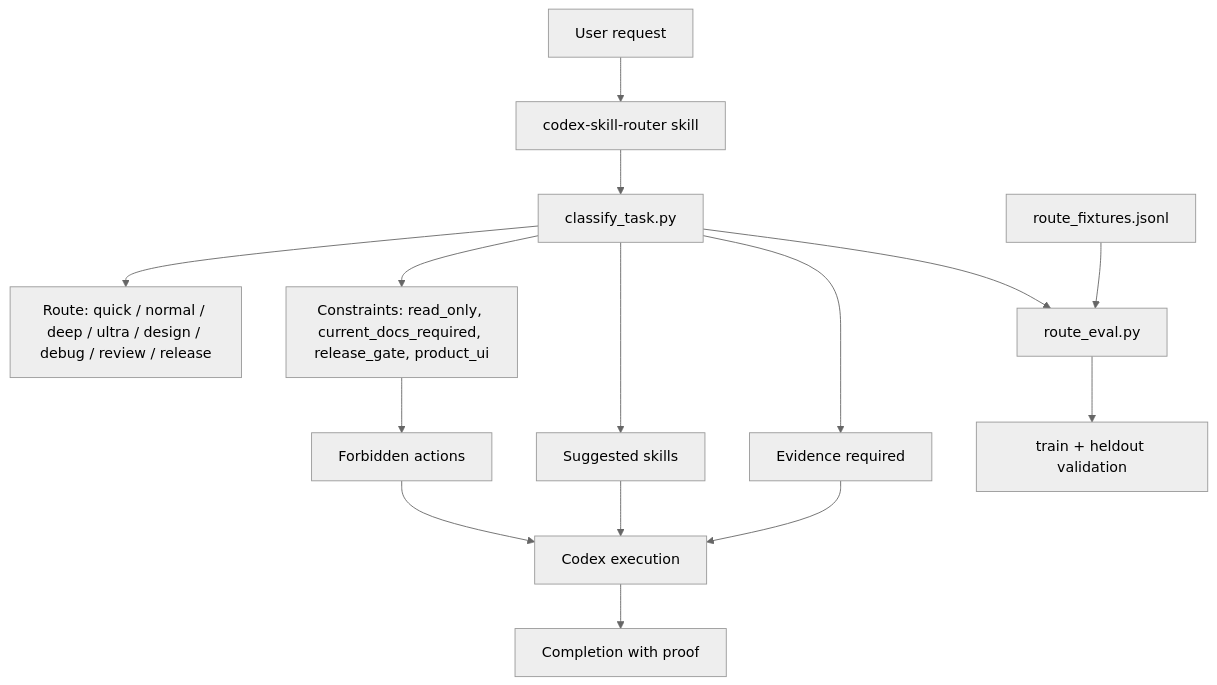
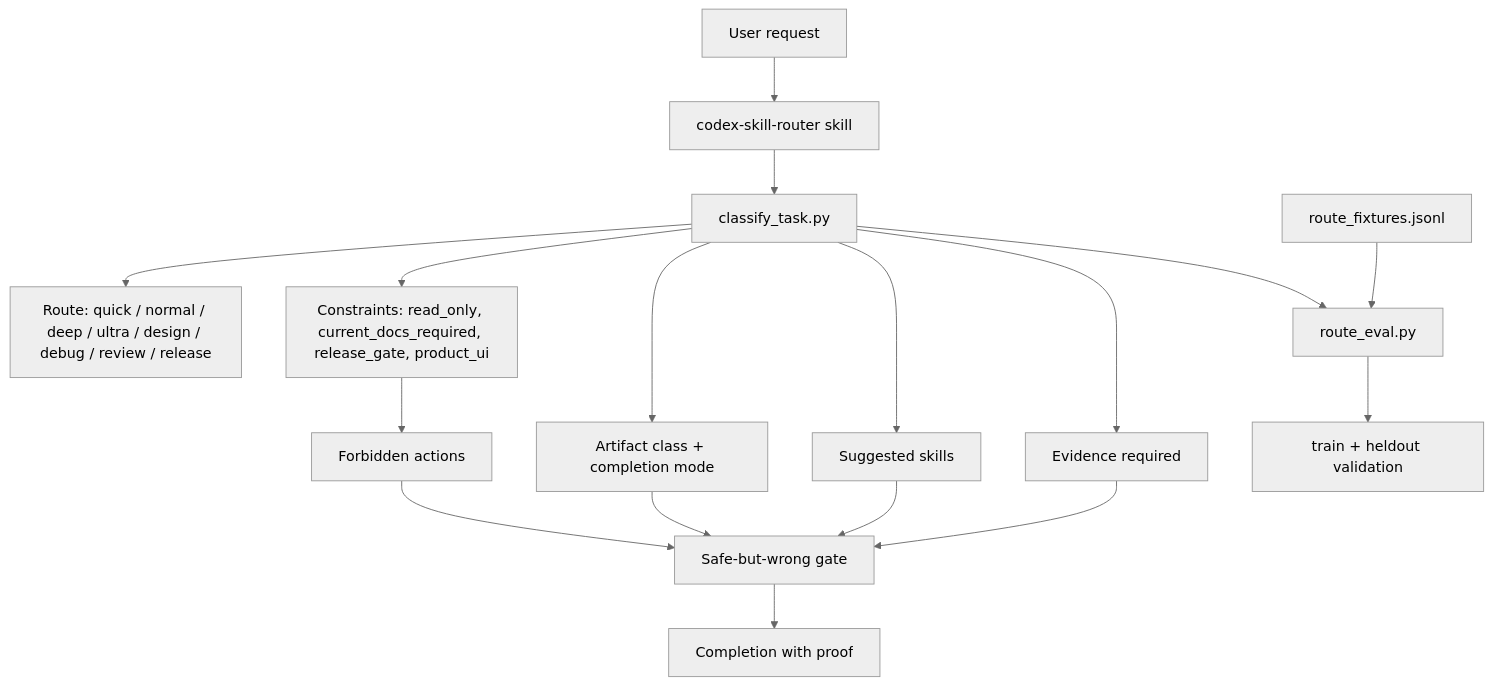
One commit to Merchantlee99/Vibebuilder changed the first of 3 diagrams in codex-skill/README.md. Above: the diagram before and after it, drawn with Mermaid (neutral theme). The commit also changed other lines of this file and 7 other files, not shown here.

Commit message:
Reinforce codex skill router evidence gates

````diff
--- a/codex-skill/README.md
+++ b/codex-skill/README.md
@@ -21,17 +21,19 @@
 ```mermaid
 flowchart TD
     A["User request"] --> B["codex-skill-router skill"]
     B --> C["classify_task.py"]
     C --> D["Route: quick / normal / deep / ultra / design / debug / review / release"]
     C --> E["Constraints: read_only, current_docs_required, release_gate, product_ui"]
-    C --> F["Suggested skills"]
-    C --> G["Evidence required"]
-    E --> H["Forbidden actions"]
-    F --> I["Codex execution"]
-    G --> I
-    H --> I
-    I --> J["Completion with proof"]
+    C --> F["Artifact class + completion mode"]
+    C --> G["Suggested skills"]
+    C --> H["Evidence required"]
+    E --> I["Forbidden actions"]
+    F --> J["Safe-but-wrong gate"]
+    G --> J
+    H --> J
+    I --> J
+    J --> N["Completion with proof"]
     K["route_fixtures.jsonl"] --> L["route_eval.py"]
     C --> L
     L --> M["train + heldout validation"]
 ```
````
